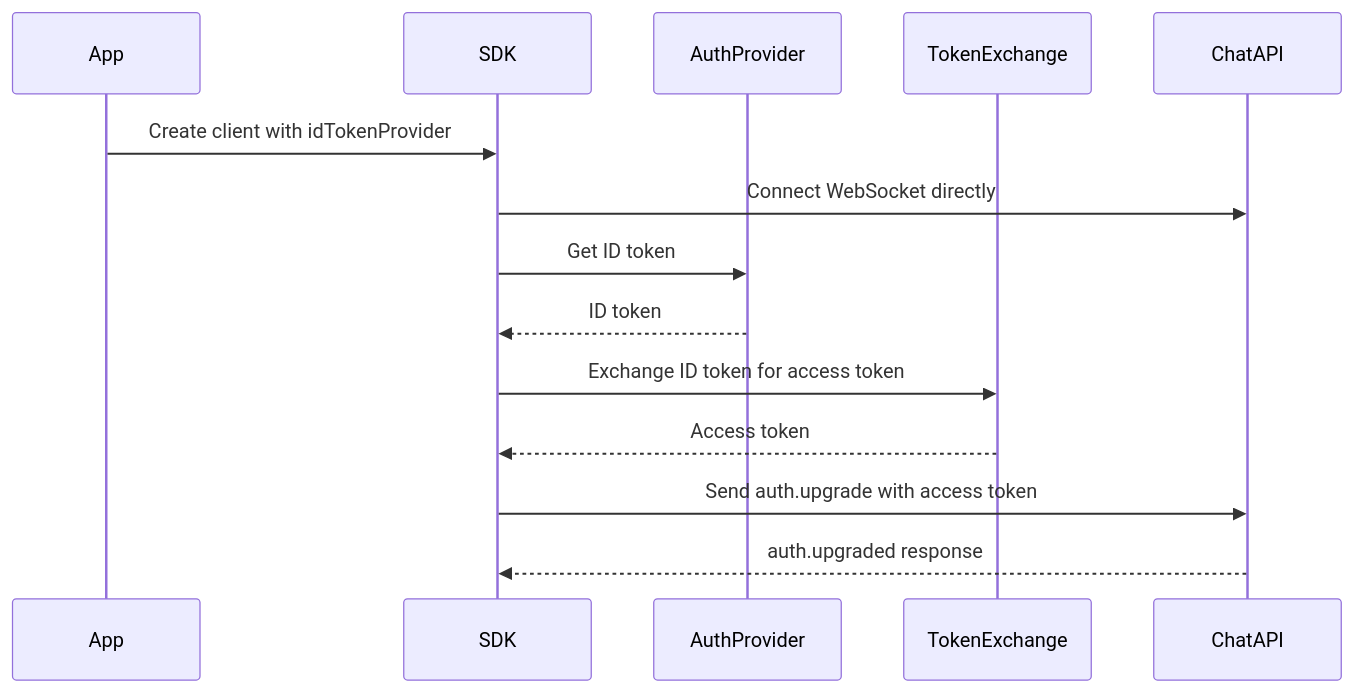
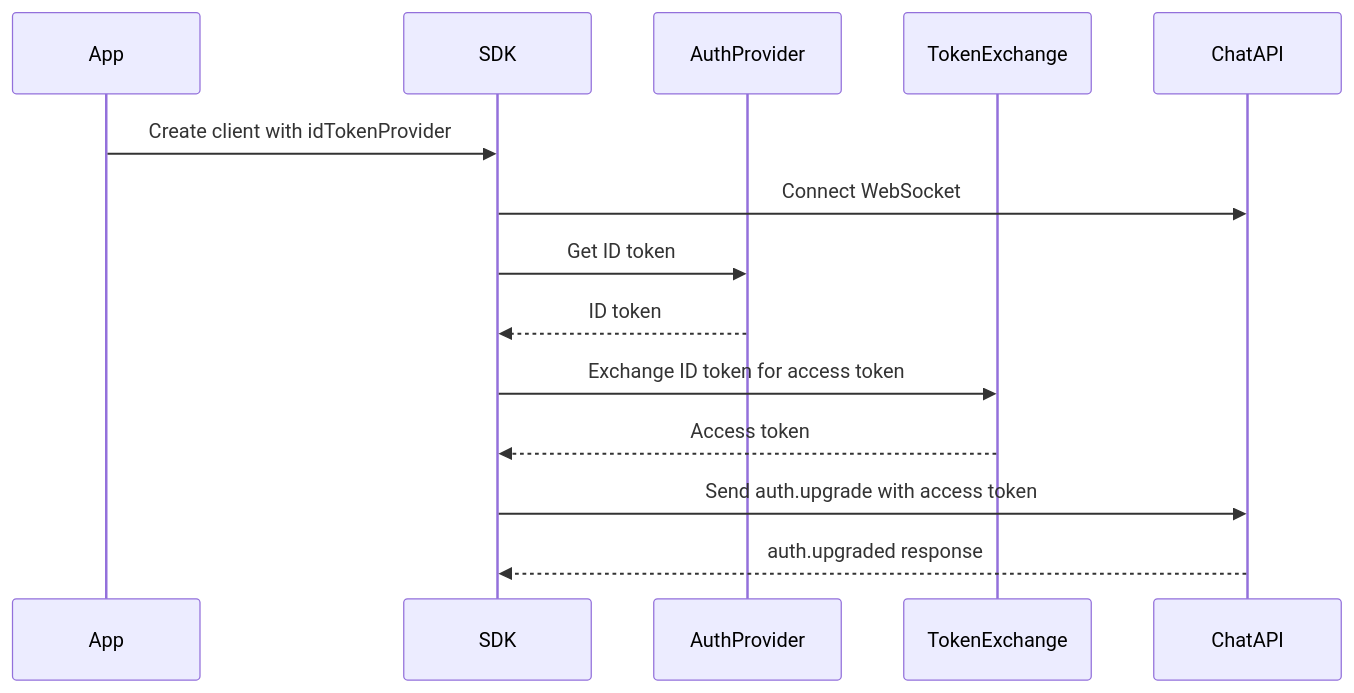
The second of 2 diagrams in fern/docs/pages/capabilities/authentication.mdx (sunnyhealthai/docs), drawn with Mermaid before and after one commit. The commit also changed other lines of this file and 21 other files, not shown here.

````diff
--- a/fern/docs/pages/capabilities/authentication.mdx
+++ b/fern/docs/pages/capabilities/authentication.mdx
@@ -126,17 +166,17 @@
 ```mermaid
 sequenceDiagram
     participant App
     participant SDK
     participant AuthProvider
     participant TokenExchange
     participant ChatAPI
 
     App->>SDK: Create client with idTokenProvider
-    SDK->>ChatAPI: Connect WebSocket directly
+    SDK->>ChatAPI: Connect WebSocket
     SDK->>AuthProvider: Get ID token
     AuthProvider-->>SDK: ID token
     SDK->>TokenExchange: Exchange ID token for access token
     TokenExchange-->>SDK: Access token
     SDK->>ChatAPI: Send auth.upgrade with access token
     ChatAPI-->>SDK: auth.upgraded response
 ```
````
